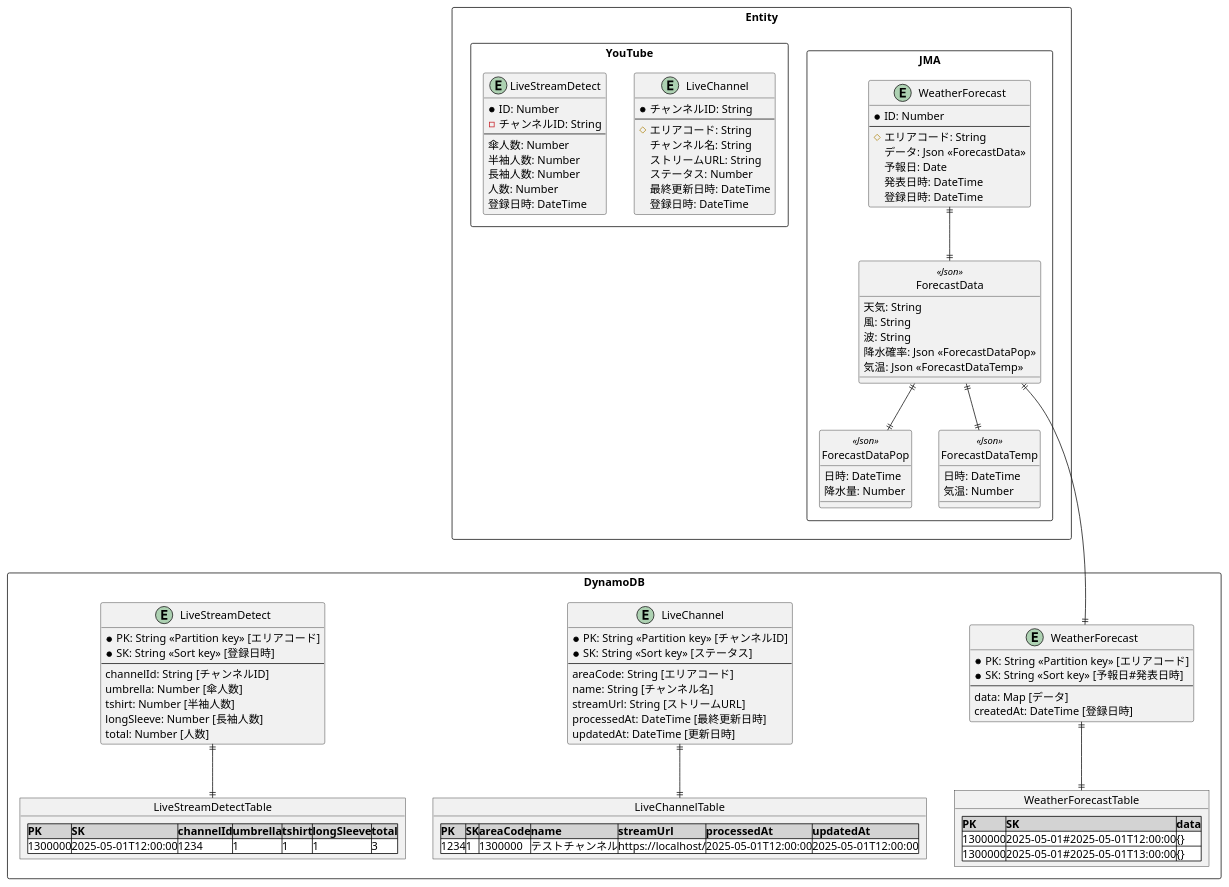
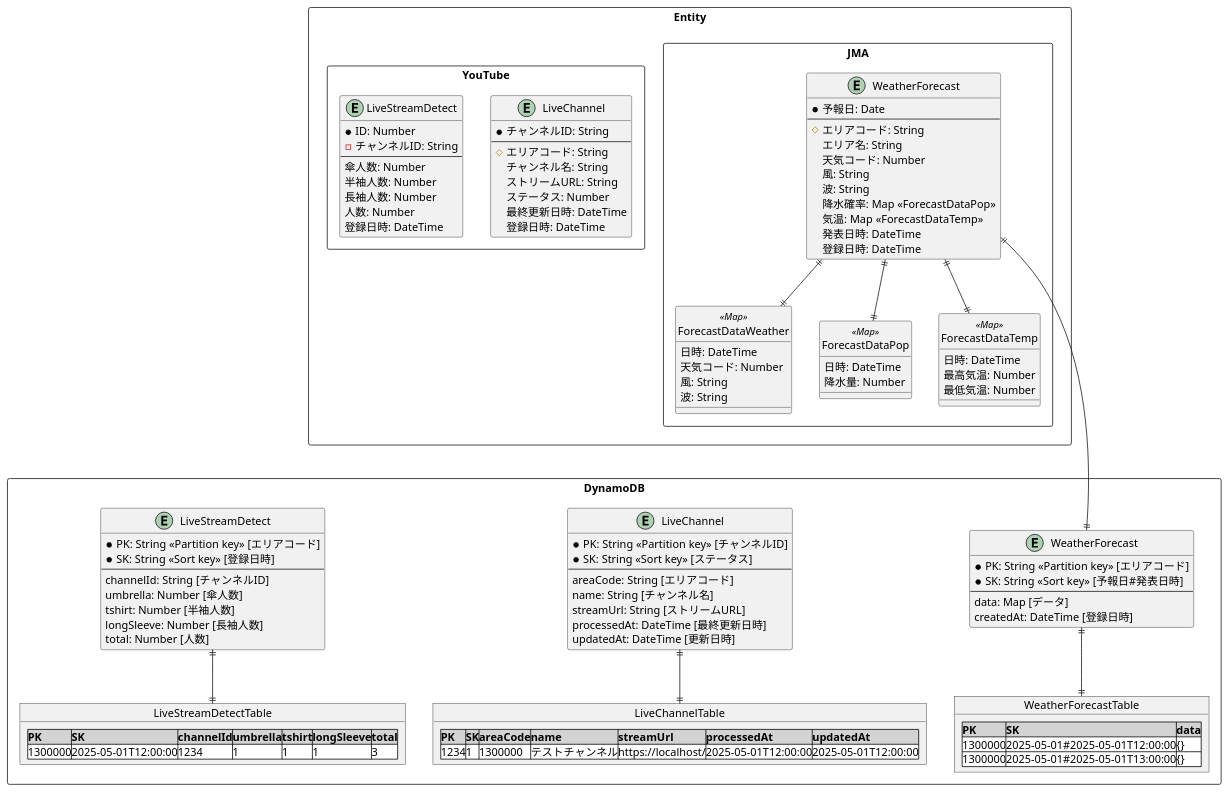
The diagram in docs/database.pu (pontago/otenki-live), drawn with PlantUML before and after one commit. The commit also changed 69 other files, not shown here.

```diff
--- a/docs/database.pu
+++ b/docs/database.pu
@@ -1,118 +1,122 @@
 @startuml Database
 package Entity <<Rectangle>> {
   package JMA <<Rectangle>> {
     entity WeatherForecast {
-      * ID: Number
+      * 予報日: Date
       --
       # エリアコード: String
-      データ: Json <<ForecastData>>
-      予報日: Date
+      エリア名: String
+      天気コード: Number
+      風: String
+      波: String
+      降水確率: Map <<ForecastDataPop>>
+      気温: Map <<ForecastDataTemp>>
       発表日時: DateTime 
       登録日時: DateTime
     }
 
-    entity ForecastData <<Json>> {
-      天気: String
+    entity ForecastDataWeather <<Map>> {
+      日時: DateTime
+      天気コード: Number
       風: String
       波: String
-      降水確率: Json <<ForecastDataPop>>
-      気温: Json <<ForecastDataTemp>>
     }
 
-    entity ForecastDataPop <<Json>> {
+    entity ForecastDataPop <<Map>> {
       日時: DateTime
       降水量: Number
     }
 
-    entity ForecastDataTemp <<Json>> {
+    entity ForecastDataTemp <<Map>> {
       日時: DateTime
-      気温: Number
+      最高気温: Number
+      最低気温: Number
     }
 
-    WeatherForecast ||--|| ForecastData
-    ForecastData ||--|| ForecastDataPop
-    ForecastData ||--|| ForecastDataTemp
+    WeatherForecast ||--|| ForecastDataWeather
+    WeatherForecast ||--|| ForecastDataPop
+    WeatherForecast ||--|| ForecastDataTemp
 
-    hide <<Json>> circle
+    hide <<Map>> circle
   }
 
   package YouTube <<Rectangle>> {
     entity LiveChannel {
       * チャンネルID: String
       --
       # エリアコード: String
       チャンネル名: String
       ストリームURL: String
       ステータス: Number
       最終更新日時: DateTime
       登録日時: DateTime
     }
 
     entity LiveStreamDetect {
       * ID: Number
       - チャンネルID: String
       --
       傘人数: Number
       半袖人数: Number
       長袖人数: Number
       人数: Number
       登録日時: DateTime
     }
   }
 
 }
 
 package DynamoDB <<Rectangle>> {
   entity WeatherForecast {
     * PK: String <<Partition key>> [エリアコード]
     * SK: String <<Sort key>> [予報日#発表日時]
     --
     data: Map [データ]
     createdAt: DateTime [登録日時]
   }
 
   entity LiveChannel {
     * PK: String <<Partition key>> [チャンネルID]
     * SK: String <<Sort key>> [ステータス]
     --
     areaCode: String [エリアコード]
     name: String [チャンネル名]
     streamUrl: String [ストリームURL]
     processedAt: DateTime [最終更新日時]
     updatedAt: DateTime [更新日時]
   }
 
   entity LiveStreamDetect {
     * PK: String <<Partition key>> [エリアコード]
     * SK: String <<Sort key>> [登録日時]
     --
     channelId: String [チャンネルID]
     umbrella: Number [傘人数]
     tshirt: Number [半袖人数]
     longSleeve: Number [長袖人数]
     total: Number [人数]
   }
 
   object WeatherForecastTable {
     <#lightgray,#black>|=PK|=SK|=data|
     <#white>|1300000|2025-05-01#2025-05-01T12:00:00|{}|
     <#white>|1300000|2025-05-01#2025-05-01T13:00:00|{}|
   }
 
   object LiveChannelTable {
     <#lightgray,#black>|=PK|=SK|=areaCode|=name|=streamUrl|=processedAt|=updatedAt|
     <#white>|1234|1|1300000|テストチャンネル|https://localhost/|2025-05-01T12:00:00|2025-05-01T12:00:00|
   }
 
   object LiveStreamDetectTable {
     <#lightgray,#black>|=PK|=SK|=channelId|=umbrella|=tshirt|=longSleeve|=total|
     <#white>|1300000|2025-05-01T12:00:00|1234|1|1|1|3|
   }
 
   WeatherForecast ||--|| WeatherForecastTable
   LiveChannel ||--|| LiveChannelTable
   LiveStreamDetect ||--|| LiveStreamDetectTable
 
-  ForecastData ||----|| WeatherForecast
+  Entity.JMA.WeatherForecast ||----|| WeatherForecast
 }
 @enduml
```
